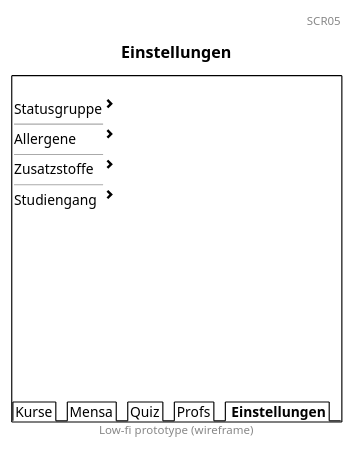
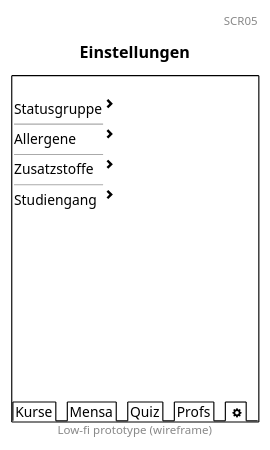
One commit to RobinNunkesser/plantuml changed the diagram in scr5.pu. Above: the diagram before and after it, drawn with PlantUML. The commit also changed 5 other files, not shown here.

```diff
--- a/scr5.pu
+++ b/scr5.pu
@@ -1,28 +1,28 @@
 @startsalt
 title Einstellungen
 header SCR05
 footer Low-fi prototype (wireframe)
 {+
 {
     .
     Statusgruppe | <&chevron-right>
     ----
     Allergene | <&chevron-right>
     ----
     Zusatzstoffe | <&chevron-right>
     ----
     Studiengang | <&chevron-right>
     .
     .
     .
     .
     .
     .
     .
     .
     .      
 }
-{/ Kurse | Mensa | Quiz | Profs | <b> Einstellungen }
+{/ Kurse | Mensa | Quiz | Profs | <b> <&cog> }
 }
 
 @endsalt
```
